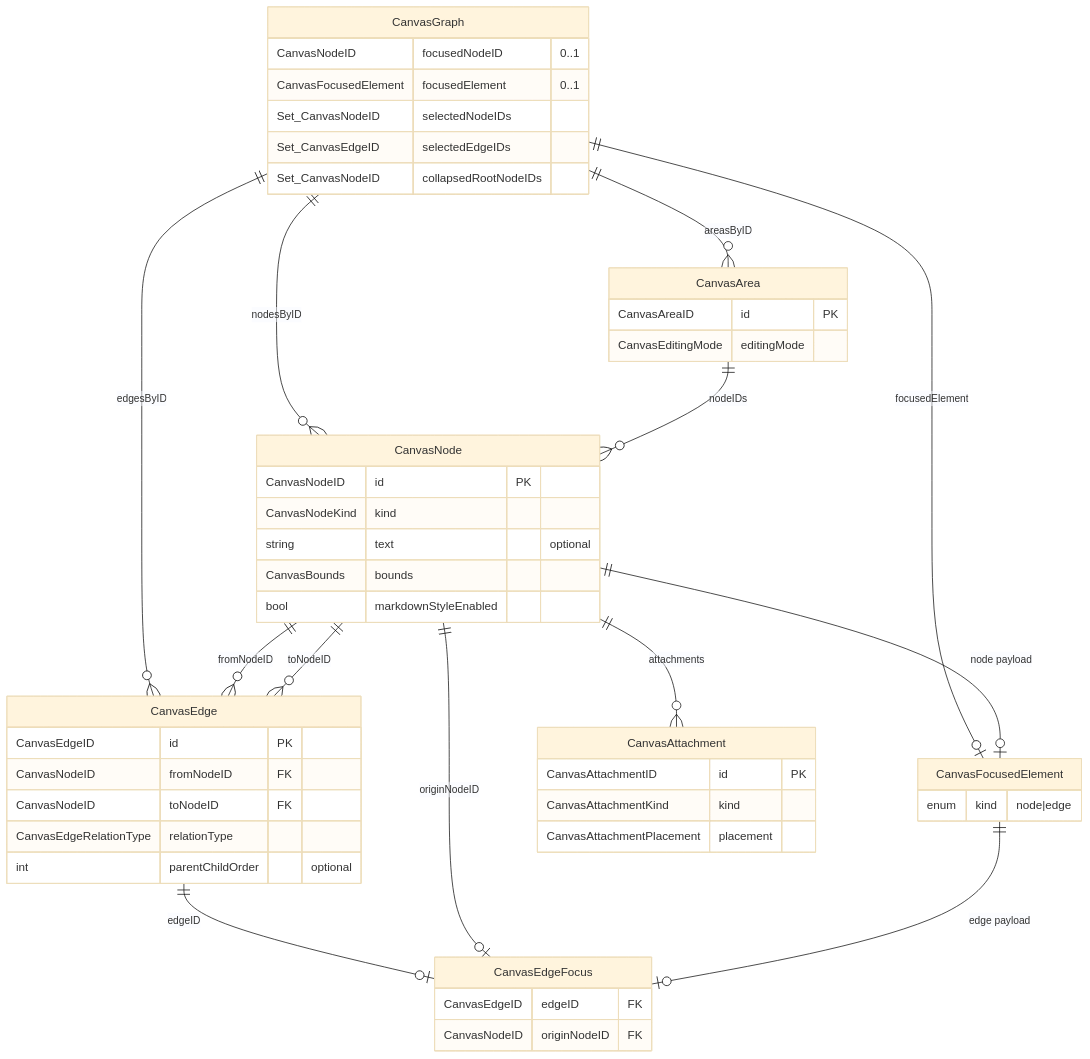
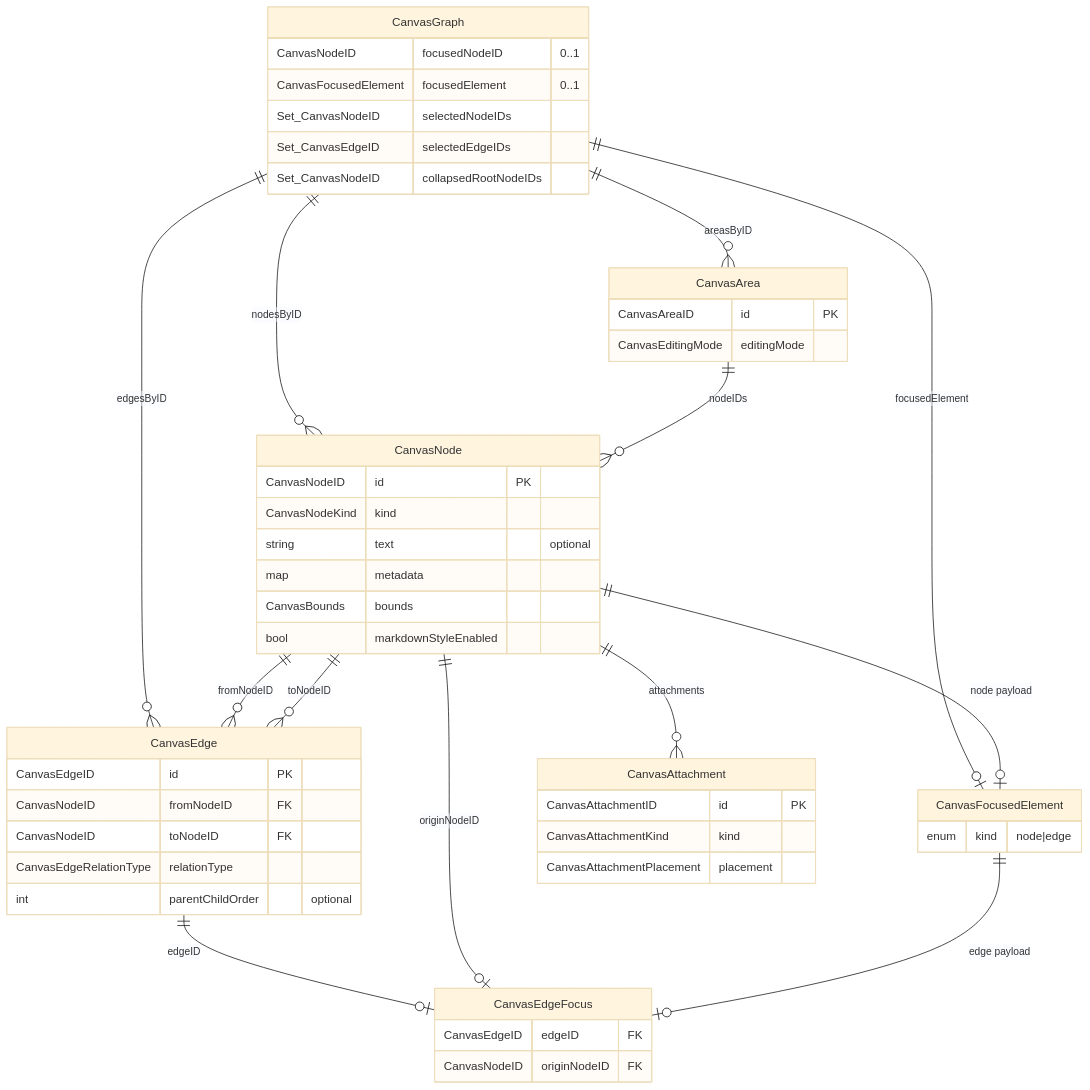
The first of 2 diagrams in docs/specs/domain-er.md (kazuhideoki/hotkey-canvas), drawn with Mermaid (base theme) before and after one commit. The commit also changed other lines of this file and 27 other files, not shown here.

````diff
--- a/docs/specs/domain-er.md
+++ b/docs/specs/domain-er.md
@@ -16,62 +16,63 @@
 ```mermaid
 erDiagram
     CanvasGraph ||--o{ CanvasNode : "nodesByID"
     CanvasGraph ||--o{ CanvasEdge : "edgesByID"
     CanvasGraph ||--o{ CanvasArea : "areasByID"
     CanvasGraph ||--o| CanvasFocusedElement : "focusedElement"
 
     CanvasNode ||--o{ CanvasAttachment : "attachments"
 
     CanvasNode ||--o{ CanvasEdge : "fromNodeID"
     CanvasNode ||--o{ CanvasEdge : "toNodeID"
     CanvasNode ||--o| CanvasFocusedElement : "node payload"
     CanvasEdge ||--o| CanvasEdgeFocus : "edgeID"
     CanvasNode ||--o| CanvasEdgeFocus : "originNodeID"
     CanvasFocusedElement ||--o| CanvasEdgeFocus : "edge payload"
 
     CanvasArea ||--o{ CanvasNode : "nodeIDs"
 
     CanvasGraph {
         CanvasNodeID focusedNodeID "0..1"
         CanvasFocusedElement focusedElement "0..1"
         Set_CanvasNodeID selectedNodeIDs
         Set_CanvasEdgeID selectedEdgeIDs
         Set_CanvasNodeID collapsedRootNodeIDs
     }
 
     CanvasNode {
         CanvasNodeID id PK
         CanvasNodeKind kind
         string text "optional"
+        map metadata
         CanvasBounds bounds
         bool markdownStyleEnabled
     }
 
     CanvasAttachment {
         CanvasAttachmentID id PK
         CanvasAttachmentKind kind
         CanvasAttachmentPlacement placement
     }
 
     CanvasEdge {
         CanvasEdgeID id PK
         CanvasNodeID fromNodeID FK
         CanvasNodeID toNodeID FK
         CanvasEdgeRelationType relationType
         int parentChildOrder "optional"
     }
 
     CanvasFocusedElement {
         enum kind "node|edge"
     }
 
     CanvasEdgeFocus {
         CanvasEdgeID edgeID FK
         CanvasNodeID originNodeID FK
     }
 
     CanvasArea {
         CanvasAreaID id PK
         CanvasEditingMode editingMode
     }
 ```
````
